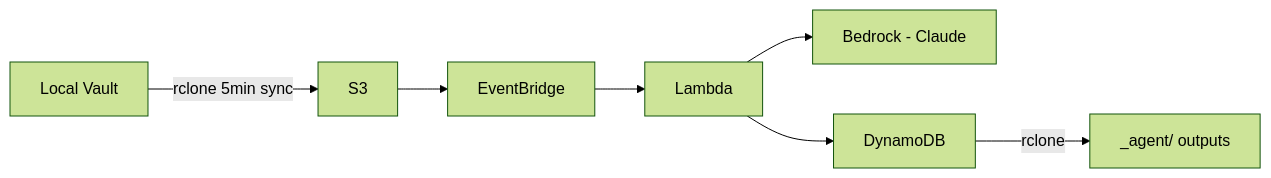
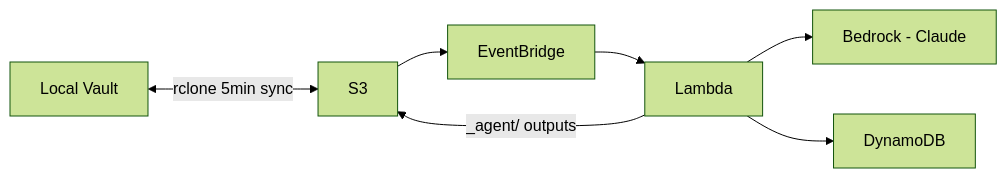
One commit to spaceba-by/pkm changed the diagram in CLAUDE.md. Above: the diagram before and after it, drawn with Mermaid (forest theme). The commit also changed 3 other files, not shown here.

First line of the commit message:
Fix diagram accuracy from review feedback

````diff
--- a/CLAUDE.md
+++ b/CLAUDE.md
@@ -64,7 +64,7 @@
 ```mermaid
 graph LR
-    Vault[Local Vault] -->|rclone 5min sync| S3
+    Vault[Local Vault] <-->|rclone 5min sync| S3
     S3 --> EventBridge --> Lambda --> Bedrock[Bedrock - Claude]
     Lambda --> DynamoDB
-    DynamoDB -->|rclone| Outputs[_agent/ outputs]
+    Lambda -->|_agent/ outputs| S3
 ```
````
